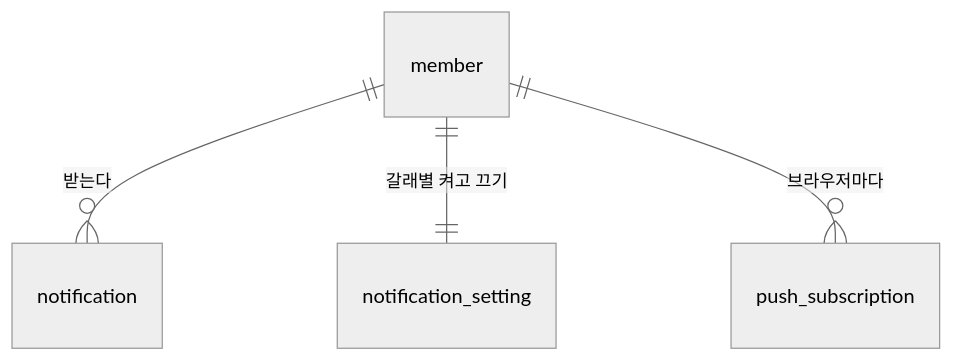
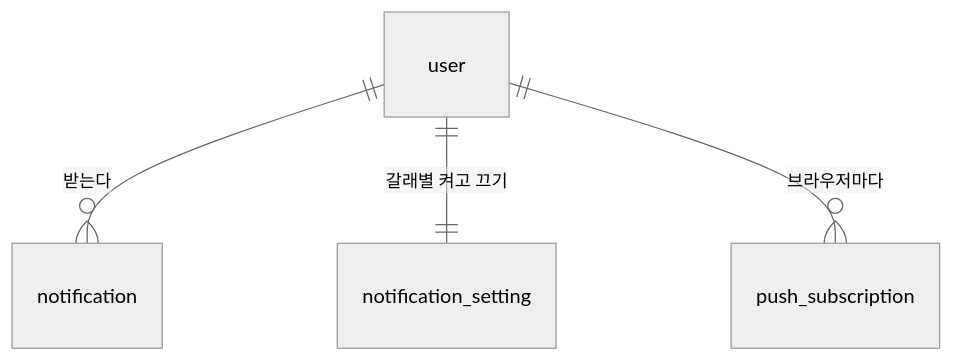
One commit to it-ting-team/it-ting changed the diagram in docs/db/notification.md. Above: the diagram before and after it, drawn with Mermaid (neutral theme). The commit also changed other lines of this file and 6 other files, not shown here.

````diff
--- a/docs/db/notification.md
+++ b/docs/db/notification.md
@@ -5,6 +5,6 @@
 ```mermaid
 erDiagram
-    member ||--o{ notification : "받는다"
-    member ||--|| notification_setting : "갈래별 켜고 끄기"
-    member ||--o{ push_subscription : "브라우저마다"
+    user ||--o{ notification : "받는다"
+    user ||--|| notification_setting : "갈래별 켜고 끄기"
+    user ||--o{ push_subscription : "브라우저마다"
 ```
````
